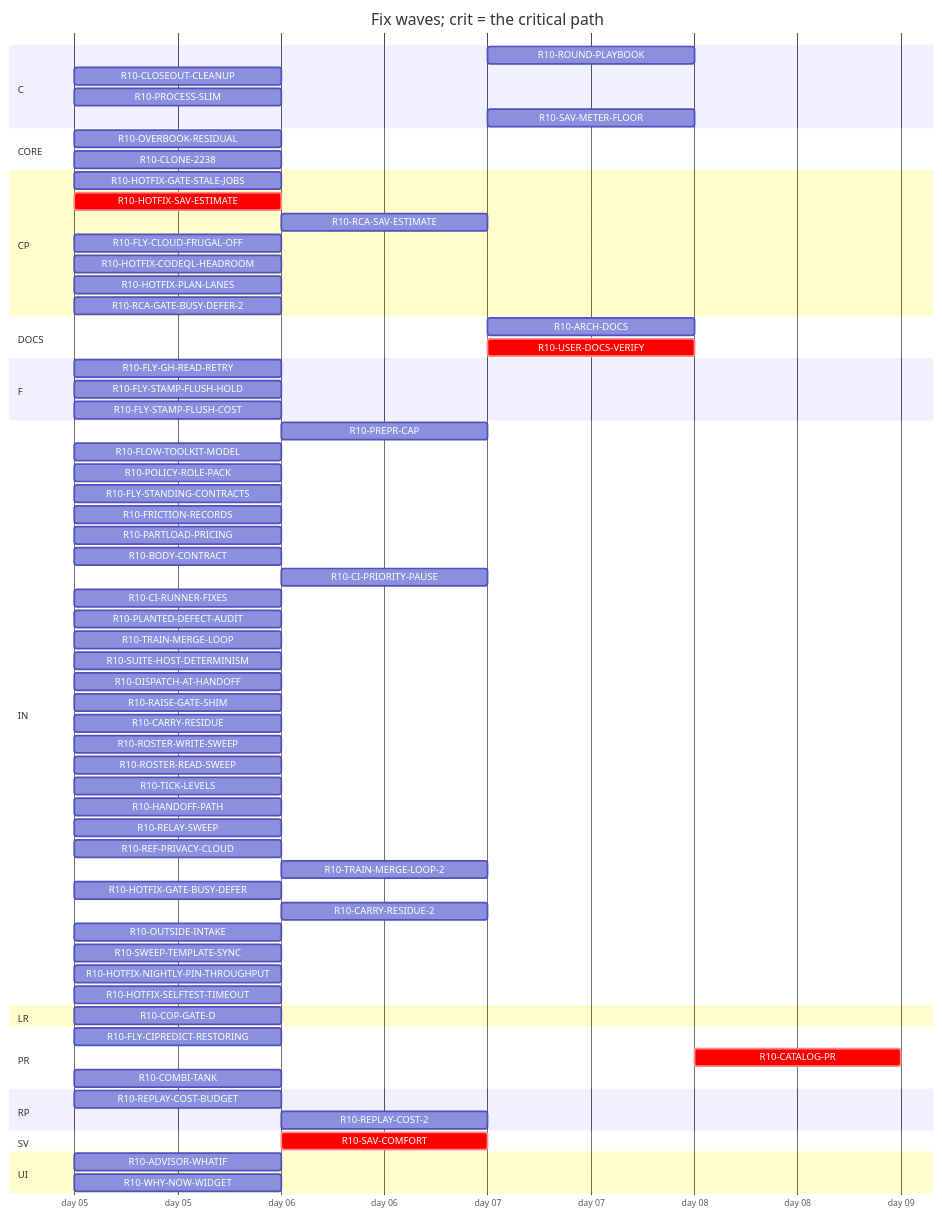
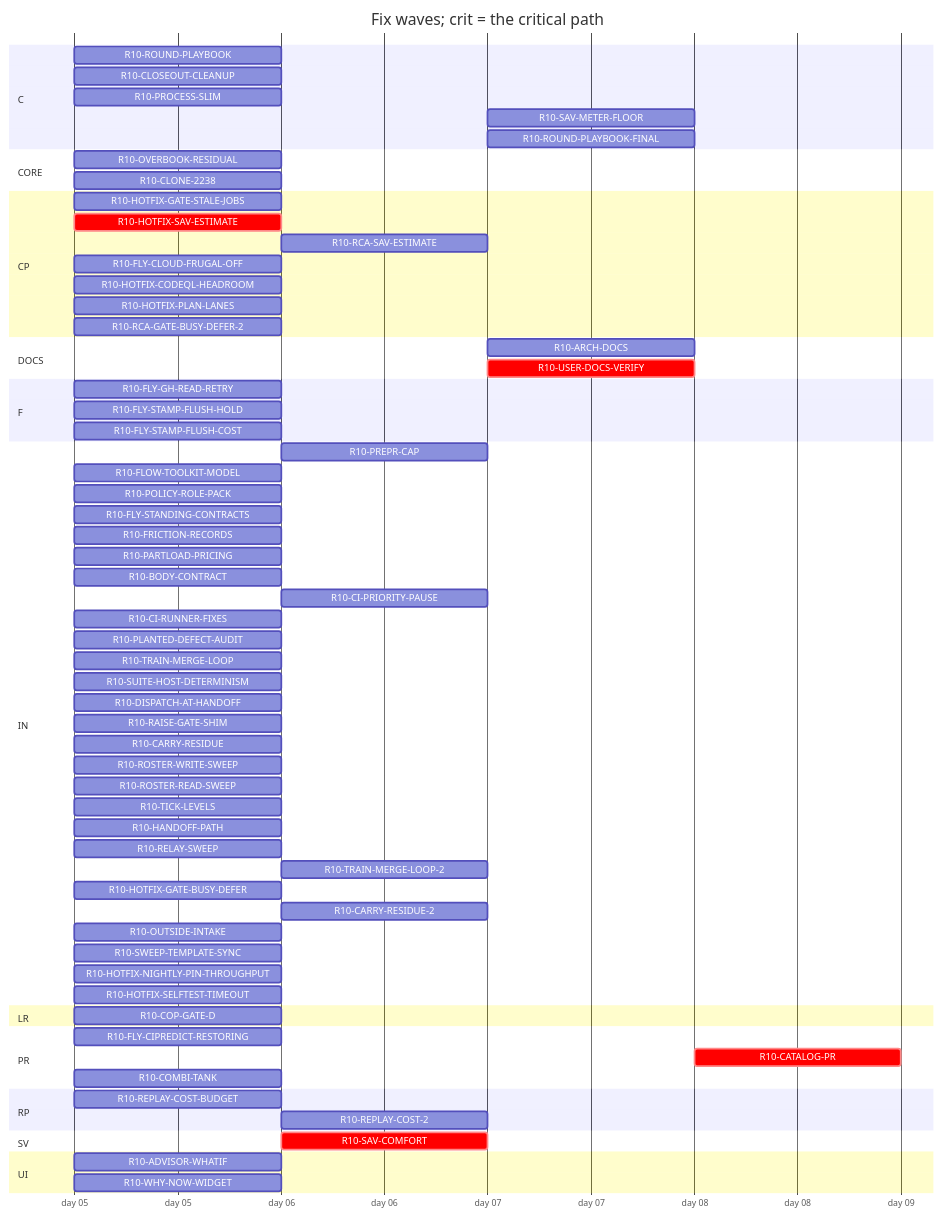
Before and after one commit to tvofi/heatpump_optimizer: the diagram in handoff/round10/state/PLAN-TABLE.md, drawn with Mermaid. The commit also changed other lines of this file and 3 other files, not shown here.

Commit message:
state: FLOW-BOARD.md, NEXT-SESSION-PROMPT.md, PLAN-TABLE.md, RESUME-CURRENT.md regenerated (state_docs.py)

````diff
--- a/handoff/round10/state/PLAN-TABLE.md
+++ b/handoff/round10/state/PLAN-TABLE.md
@@ -24,72 +24,72 @@
 ```mermaid
 gantt
   title Fix waves; crit = the critical path
   dateFormat YYYY-MM-DD
   axisFormat day %d
   section C
-    R10-ROUND-PLAYBOOK :r10ROUNDPLAYBOOK, after r10PREPRCAP r10HANDOFFPATH r10RELAYSWEEP r10TRAINMERGELOOP r10DISPATCHATHANDOFF r10BODYCONTRACT r10TICKLEVELS r10CIPRIORITYPAUSE r10ROSTERWRITESWEEP r10ROSTERREADSWEEP r10FLYSTANDINGCONTRACTS r10POLICYROLEPACK r10FRICTIONRECORDS r10FLOWTOOLKITMODEL r10CIRUNNERFIXES r10FLYCIPREDICTRESTORING r10RAISEGATESHIM r10PLANTEDDEFECTAUDIT r10FLYGHREADRETRY r10SUITEHOSTDETERMINISM, 1d
+    R10-ROUND-PLAYBOOK :r10ROUNDPLAYBOOK, 2026-01-05, 1d
     R10-CLOSEOUT-CLEANUP :r10CLOSEOUTCLEANUP, 2026-01-05, 1d
     R10-PROCESS-SLIM :r10PROCESSSLIM, 2026-01-05, 1d
     R10-SAV-METER-FLOOR :r10SAVMETERFLOOR, after r10HOTFIXSAVESTIMATE r10SAVCOMFORT, 1d
+    R10-ROUND-PLAYBOOK-FINAL :r10ROUNDPLAYBOOKFINAL, after r10PREPRCAP r10HANDOFFPATH r10RELAYSWEEP r10TRAINMERGELOOP r10DISPATCHATHANDOFF r10BODYCONTRACT r10TICKLEVELS r10CIPRIORITYPAUSE r10ROSTERWRITESWEEP r10ROSTERREADSWEEP r10FLYSTANDINGCONTRACTS r10POLICYROLEPACK r10FRICTIONRECORDS r10FLOWTOOLKITMODEL r10CIRUNNERFIXES r10FLYCIPREDICTRESTORING r10RAISEGATESHIM r10PLANTEDDEFECTAUDIT r10FLYGHREADRETRY r10SUITEHOSTDETERMINISM r10ROUNDPLAYBOOK, 1d
   section CORE
     R10-OVERBOOK-RESIDUAL :r10OVERBOOKRESIDUAL, 2026-01-05, 1d
     R10-CLONE-2238 :r10CLONE2238, 2026-01-05, 1d
   section CP
     R10-HOTFIX-GATE-STALE-JOBS :r10HOTFIXGATESTALEJOBS, 2026-01-05, 1d
     R10-HOTFIX-SAV-ESTIMATE :crit, r10HOTFIXSAVESTIMATE, 2026-01-05, 1d
     R10-RCA-SAV-ESTIMATE :r10RCASAVESTIMATE, after r10HOTFIXSAVESTIMATE, 1d
     R10-FLY-CLOUD-FRUGAL-OFF :r10FLYCLOUDFRUGALOFF, 2026-01-05, 1d
     R10-HOTFIX-CODEQL-HEADROOM :r10HOTFIXCODEQLHEADROOM, 2026-01-05, 1d
     R10-HOTFIX-PLAN-LANES :r10HOTFIXPLANLANES, 2026-01-05, 1d
     R10-RCA-GATE-BUSY-DEFER-2 :r10RCAGATEBUSYDEFER2, 2026-01-05, 1d
   section DOCS
     R10-ARCH-DOCS :r10ARCHDOCS, after r10CARRYRESIDUE r10OVERBOOKRESIDUAL r10CLONE2238 r10SAVCOMFORT r10COPGATED r10WHYNOWWIDGET r10PARTLOADPRICING r10ADVISORWHATIF r10REPLAYCOSTBUDGET r10PREPRCAP r10HANDOFFPATH r10RELAYSWEEP r10TRAINMERGELOOP r10DISPATCHATHANDOFF r10BODYCONTRACT r10TICKLEVELS r10CIPRIORITYPAUSE r10ROSTERWRITESWEEP r10ROSTERREADSWEEP r10FLYSTANDINGCONTRACTS r10POLICYROLEPACK r10FRICTIONRECORDS r10FLOWTOOLKITMODEL r10CIRUNNERFIXES r10FLYCIPREDICTRESTORING r10RAISEGATESHIM r10PLANTEDDEFECTAUDIT r10FLYGHREADRETRY r10SUITEHOSTDETERMINISM, 1d
     R10-USER-DOCS-VERIFY :crit, r10USERDOCSVERIFY, after r10CARRYRESIDUE r10OVERBOOKRESIDUAL r10CLONE2238 r10SAVCOMFORT r10COPGATED r10WHYNOWWIDGET r10PARTLOADPRICING r10ADVISORWHATIF r10REPLAYCOSTBUDGET, 1d
   section F
     R10-FLY-GH-READ-RETRY :r10FLYGHREADRETRY, 2026-01-05, 1d
     R10-FLY-STAMP-FLUSH-HOLD :r10FLYSTAMPFLUSHHOLD, 2026-01-05, 1d
     R10-FLY-STAMP-FLUSH-COST :r10FLYSTAMPFLUSHCOST, 2026-01-05, 1d
   section IN
     R10-PREPR-CAP :r10PREPRCAP, after r10PROCESSSLIM, 1d
     R10-FLOW-TOOLKIT-MODEL :r10FLOWTOOLKITMODEL, 2026-01-05, 1d
     R10-POLICY-ROLE-PACK :r10POLICYROLEPACK, 2026-01-05, 1d
     R10-FLY-STANDING-CONTRACTS :r10FLYSTANDINGCONTRACTS, 2026-01-05, 1d
     R10-FRICTION-RECORDS :r10FRICTIONRECORDS, 2026-01-05, 1d
     R10-PARTLOAD-PRICING :r10PARTLOADPRICING, 2026-01-05, 1d
     R10-BODY-CONTRACT :r10BODYCONTRACT, 2026-01-05, 1d
     R10-CI-PRIORITY-PAUSE :r10CIPRIORITYPAUSE, after r10TICKLEVELS, 1d
     R10-CI-RUNNER-FIXES :r10CIRUNNERFIXES, 2026-01-05, 1d
     R10-PLANTED-DEFECT-AUDIT :r10PLANTEDDEFECTAUDIT, 2026-01-05, 1d
     R10-TRAIN-MERGE-LOOP :r10TRAINMERGELOOP, 2026-01-05, 1d
     R10-SUITE-HOST-DETERMINISM :r10SUITEHOSTDETERMINISM, 2026-01-05, 1d
     R10-DISPATCH-AT-HANDOFF :r10DISPATCHATHANDOFF, 2026-01-05, 1d
     R10-RAISE-GATE-SHIM :r10RAISEGATESHIM, 2026-01-05, 1d
     R10-CARRY-RESIDUE :r10CARRYRESIDUE, 2026-01-05, 1d
     R10-ROSTER-WRITE-SWEEP :r10ROSTERWRITESWEEP, 2026-01-05, 1d
     R10-ROSTER-READ-SWEEP :r10ROSTERREADSWEEP, 2026-01-05, 1d
     R10-TICK-LEVELS :r10TICKLEVELS, 2026-01-05, 1d
     R10-HANDOFF-PATH :r10HANDOFFPATH, 2026-01-05, 1d
     R10-RELAY-SWEEP :r10RELAYSWEEP, 2026-01-05, 1d
-    R10-REF-PRIVACY-CLOUD :r10REFPRIVACYCLOUD, 2026-01-05, 1d
     R10-TRAIN-MERGE-LOOP-2 :r10TRAINMERGELOOP2, after r10TRAINMERGELOOP, 1d
     R10-HOTFIX-GATE-BUSY-DEFER :r10HOTFIXGATEBUSYDEFER, 2026-01-05, 1d
     R10-CARRY-RESIDUE-2 :r10CARRYRESIDUE2, after r10CARRYRESIDUE, 1d
     R10-OUTSIDE-INTAKE :r10OUTSIDEINTAKE, 2026-01-05, 1d
     R10-SWEEP-TEMPLATE-SYNC :r10SWEEPTEMPLATESYNC, 2026-01-05, 1d
     R10-HOTFIX-NIGHTLY-PIN-THROUGHPUT :r10HOTFIXNIGHTLYPINTHROUGHPUT, 2026-01-05, 1d
     R10-HOTFIX-SELFTEST-TIMEOUT :r10HOTFIXSELFTESTTIMEOUT, 2026-01-05, 1d
   section LR
     R10-COP-GATE-D :r10COPGATED, 2026-01-05, 1d
   section PR
     R10-FLY-CIPREDICT-RESTORING :r10FLYCIPREDICTRESTORING, 2026-01-05, 1d
-    R10-CATALOG-PR :crit, r10CATALOGPR, after r10USERDOCSVERIFY r10ARCHDOCS r10ROUNDPLAYBOOK r10CLOSEOUTCLEANUP, 1d
+    R10-CATALOG-PR :crit, r10CATALOGPR, after r10USERDOCSVERIFY r10ARCHDOCS r10ROUNDPLAYBOOKFINAL r10CLOSEOUTCLEANUP, 1d
     R10-COMBI-TANK :r10COMBITANK, 2026-01-05, 1d
   section RP
     R10-REPLAY-COST-BUDGET :r10REPLAYCOSTBUDGET, 2026-01-05, 1d
     R10-REPLAY-COST-2 :r10REPLAYCOST2, after r10REPLAYCOSTBUDGET, 1d
   section SV
     R10-SAV-COMFORT :crit, r10SAVCOMFORT, after r10HOTFIXSAVESTIMATE, 1d
   section UI
     R10-ADVISOR-WHATIF :r10ADVISORWHATIF, 2026-01-05, 1d
     R10-WHY-NOW-WIDGET :r10WHYNOWWIDGET, 2026-01-05, 1d
 ```
````
